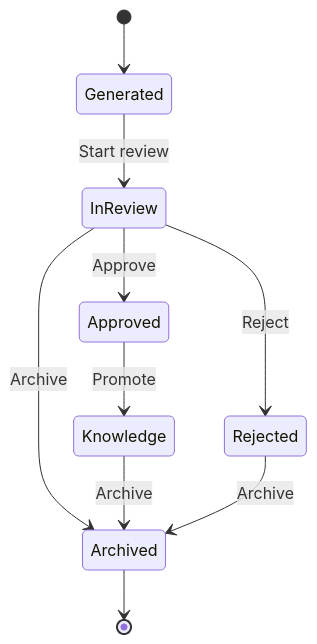
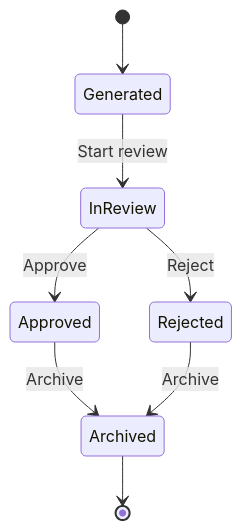
The diagram in docs/architecture/state-machines/memory.md (kaitoika1209/AIOS-Repository-v1.0), drawn with Mermaid before and after one commit. The commit also changed other lines of this file, not shown here.

````diff
--- a/docs/architecture/state-machines/memory.md
+++ b/docs/architecture/state-machines/memory.md
@@ -15,18 +19,14 @@
 ```mermaid
 stateDiagram-v2
     [*] --> Generated
 
     Generated --> InReview : Start review
 
     InReview --> Approved : Approve
     InReview --> Rejected : Reject
-    InReview --> Archived : Archive
 
-    Approved --> Knowledge : Promote
-
-    Knowledge --> Archived : Archive
-
+    Approved --> Archived : Archive
     Rejected --> Archived : Archive
 
     Archived --> [*]
 ```
````
